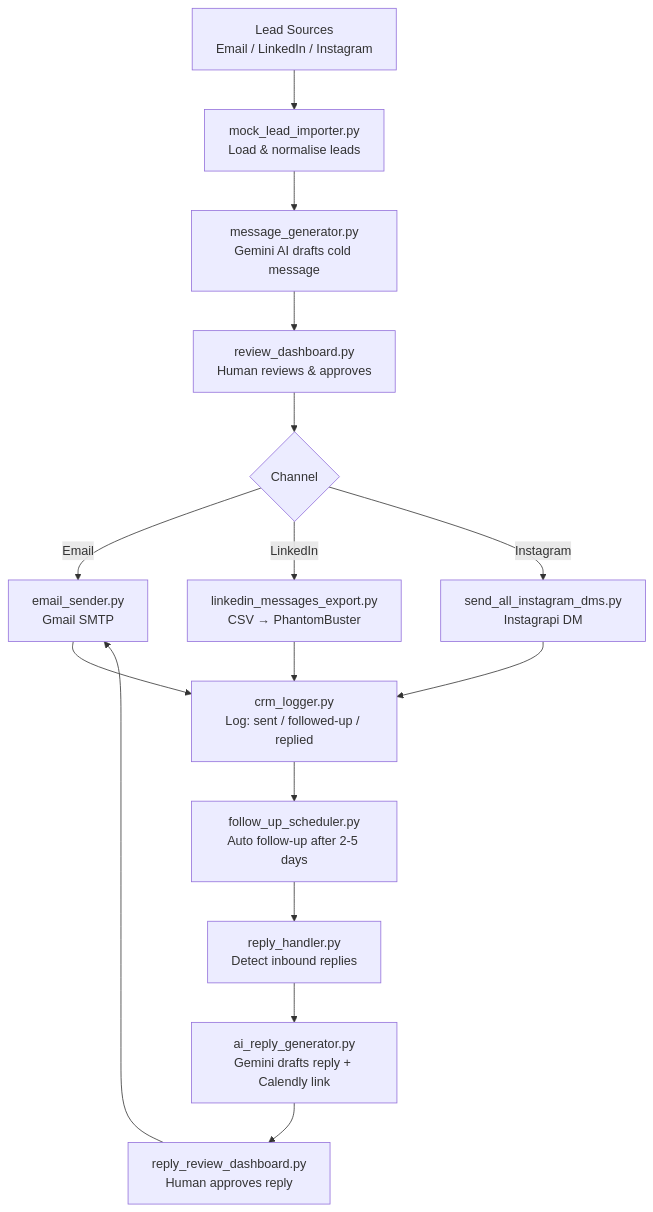
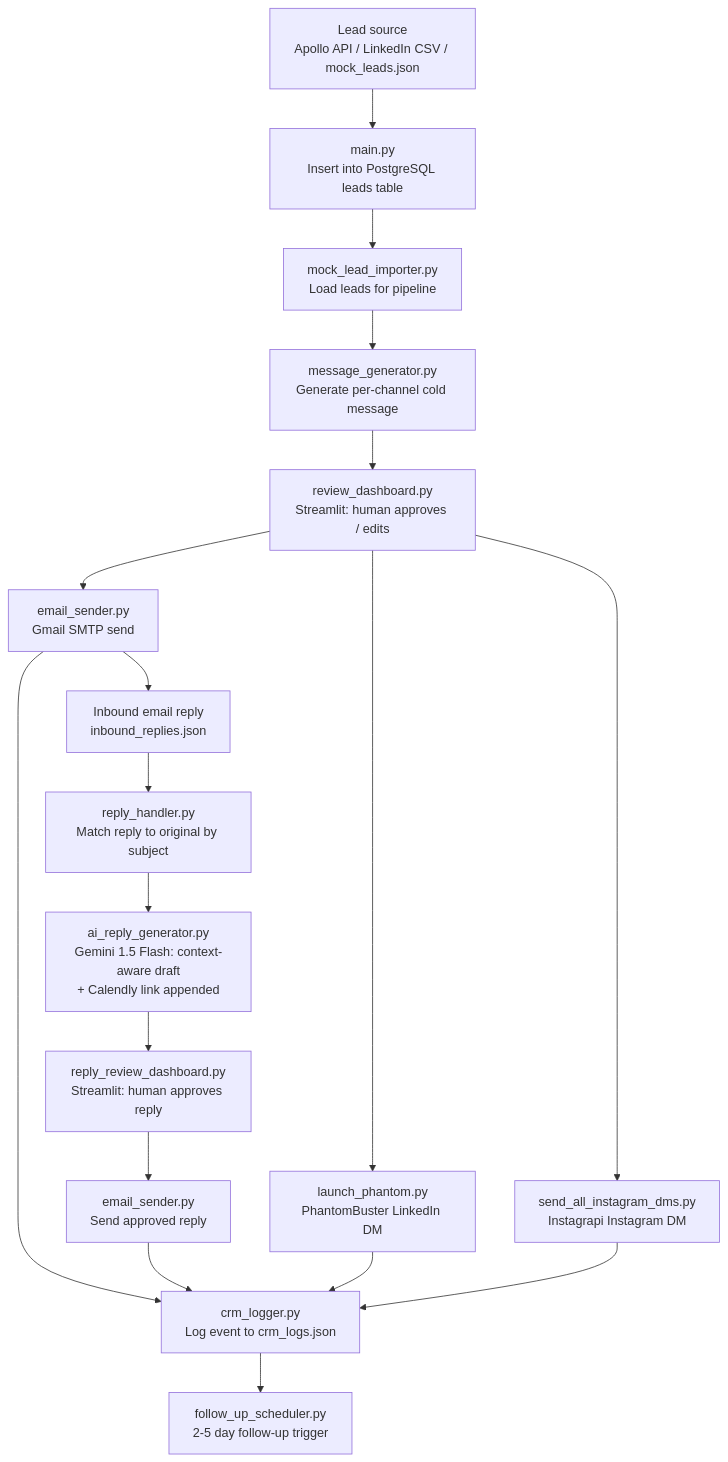
Before and after one commit to Munazil1/leadgen_automation: the diagram in README.md, drawn with Mermaid. The commit also changed other lines of this file, not shown here.

````diff
--- a/README.md
+++ b/README.md
@@ -21,16 +27,35 @@
 ```mermaid
 flowchart TD
-    A[Lead Sources<br/>Email / LinkedIn / Instagram] --> B[mock_lead_importer.py<br/>Load & normalise leads]
-    B --> C[message_generator.py<br/>Gemini AI drafts cold message]
-    C --> D[review_dashboard.py<br/>Human reviews & approves]
-    D --> E{Channel}
-    E -->|Email| F[email_sender.py<br/>Gmail SMTP]
-    E -->|LinkedIn| G[linkedin_messages_export.py<br/>CSV → PhantomBuster]
-    E -->|Instagram| H[send_all_instagram_dms.py<br/>Instagrapi DM]
-    F & G & H --> I[crm_logger.py<br/>Log: sent / followed-up / replied]
-    I --> J[follow_up_scheduler.py<br/>Auto follow-up after 2-5 days]
-    J --> K[reply_handler.py<br/>Detect inbound replies]
-    K --> L[ai_reply_generator.py<br/>Gemini drafts reply + Calendly link]
-    L --> M[reply_review_dashboard.py<br/>Human approves reply]
-    M --> F
+    A["Lead source
+Apollo API / LinkedIn CSV / mock_leads.json"] --> B["main.py
+Insert into PostgreSQL leads table"]
+    B --> C["mock_lead_importer.py
+Load leads for pipeline"]
+    C --> D["message_generator.py
+Generate per-channel cold message"]
+    D --> E["review_dashboard.py
+Streamlit: human approves / edits"]
+    E --> F1["email_sender.py
+Gmail SMTP send"]
+    E --> F2["launch_phantom.py
+PhantomBuster LinkedIn DM"]
+    E --> F3["send_all_instagram_dms.py
+Instagrapi Instagram DM"]
+    F1 & F2 & F3 --> G["crm_logger.py
+Log event to crm_logs.json"]
+    G --> H["follow_up_scheduler.py
+2-5 day follow-up trigger"]
+
+    F1 --> I["Inbound email reply
+inbound_replies.json"]
+    I --> J["reply_handler.py
+Match reply to original by subject"]
+    J --> K["ai_reply_generator.py
+Gemini 1.5 Flash: context-aware draft
++ Calendly link appended"]
+    K --> L["reply_review_dashboard.py
+Streamlit: human approves reply"]
+    L --> M["email_sender.py
+Send approved reply"]
+    M --> G
 ```
````
